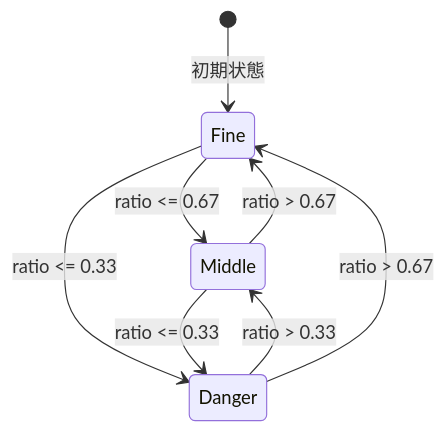
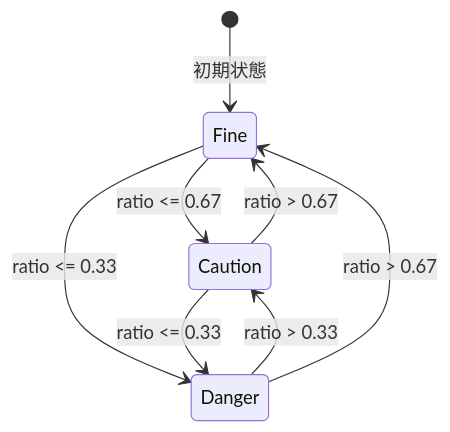
Before and after one commit to fuddt/Cplus: the fifth of 7 diagrams in CsharpVer/chapter-01-player.md, drawn with Mermaid. The commit also changed other lines of this file and 15 other files, not shown here.

````diff
--- a/CsharpVer/chapter-01-player.md
+++ b/CsharpVer/chapter-01-player.md
@@ -99,10 +99,10 @@
 ```mermaid
 stateDiagram-v2
     [*] --> Fine : 初期状態
-    Fine --> Middle : ratio <= 0.67
+    Fine --> Caution : ratio <= 0.67
     Fine --> Danger : ratio <= 0.33
-    Middle --> Fine : ratio > 0.67
-    Middle --> Danger : ratio <= 0.33
-    Danger --> Middle : ratio > 0.33
+    Caution --> Fine : ratio > 0.67
+    Caution --> Danger : ratio <= 0.33
+    Danger --> Caution : ratio > 0.33
     Danger --> Fine : ratio > 0.67
 ```
````
